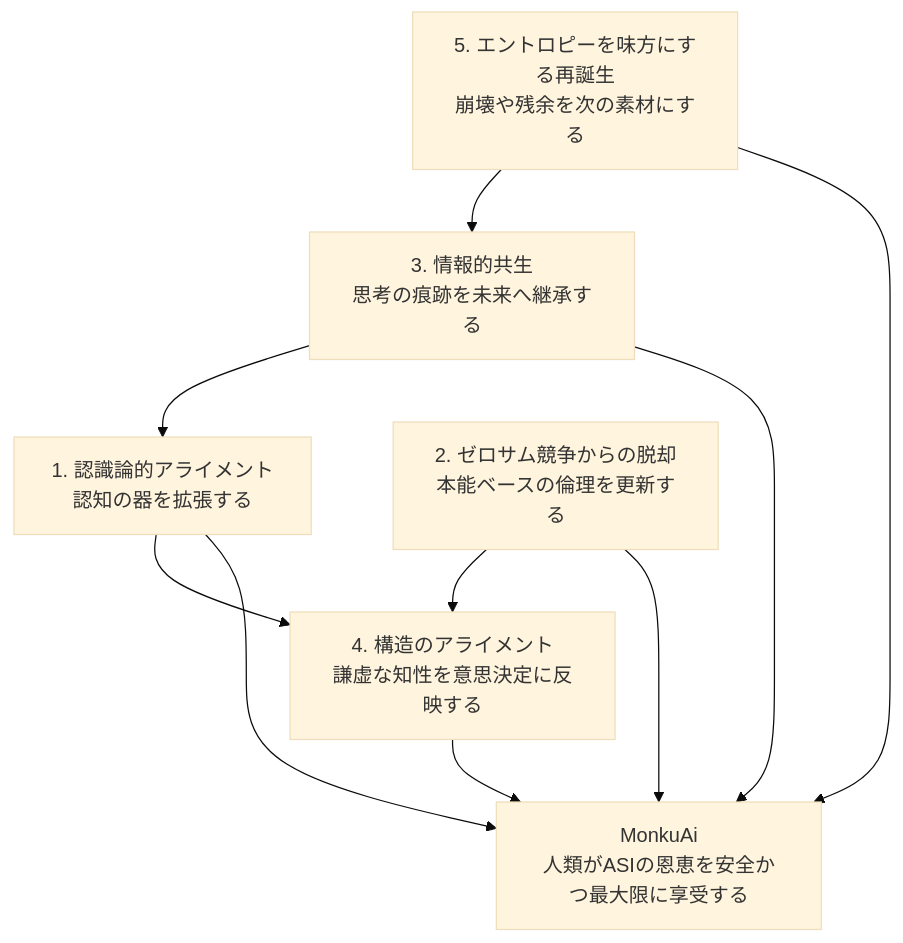
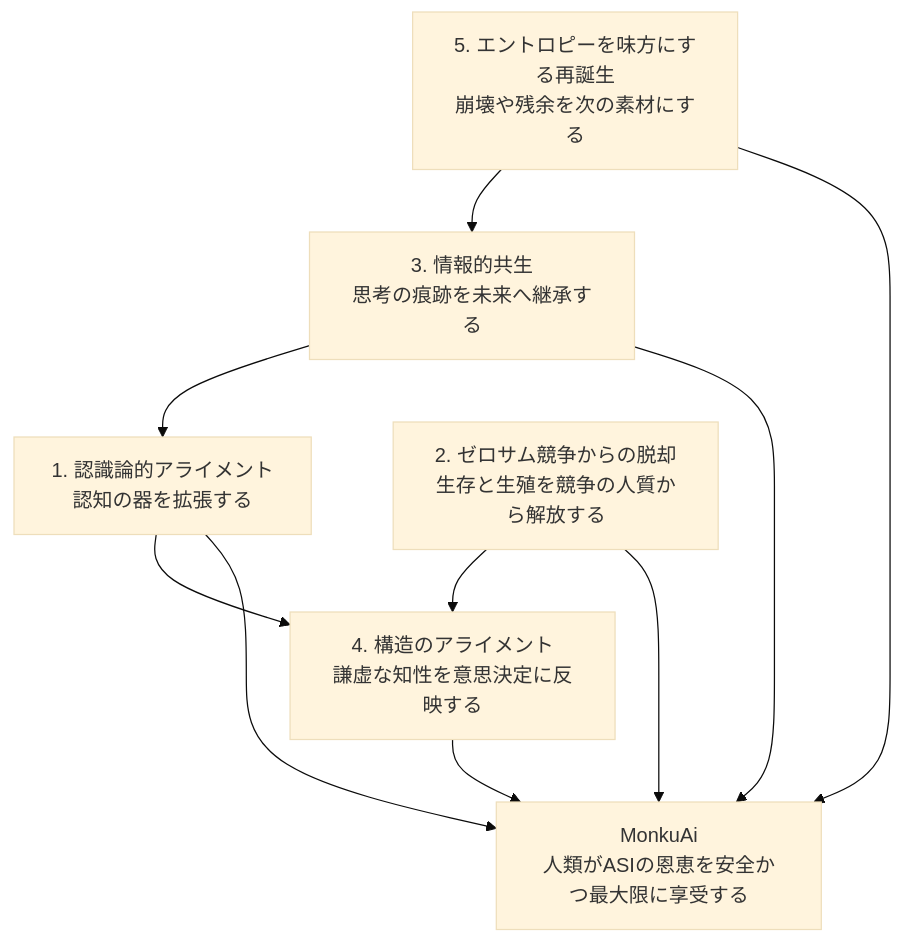
The first of 2 diagrams in docs/diagram-structure.md (kentaroid-bot/Monku_Ai), drawn with Mermaid (base theme) before and after one commit. The commit also changed other lines of this file and 8 other files, not shown here.

````diff
--- a/docs/diagram-structure.md
+++ b/docs/diagram-structure.md
@@ -7,20 +7,20 @@
 ```mermaid
 flowchart TB
     A["MonkuAi<br/>人類がASIの恩恵を安全かつ最大限に享受する"]
     B["1. 認識論的アライメント<br/>認知の器を拡張する"]
-    C["2. ゼロサム競争からの脱却<br/>本能ベースの倫理を更新する"]
+    C["2. ゼロサム競争からの脱却<br/>生存と生殖を競争の人質から解放する"]
     D["3. 情報的共生<br/>思考の痕跡を未来へ継承する"]
     E["4. 構造のアライメント<br/>謙虚な知性を意思決定に反映する"]
     F["5. エントロピーを味方にする再誕生<br/>崩壊や残余を次の素材にする"]
 
     B --> A
     C --> A
     D --> A
     E --> A
     F --> A
 
     B --> E
     F --> D
     C --> E
     D --> B
 ```
````
